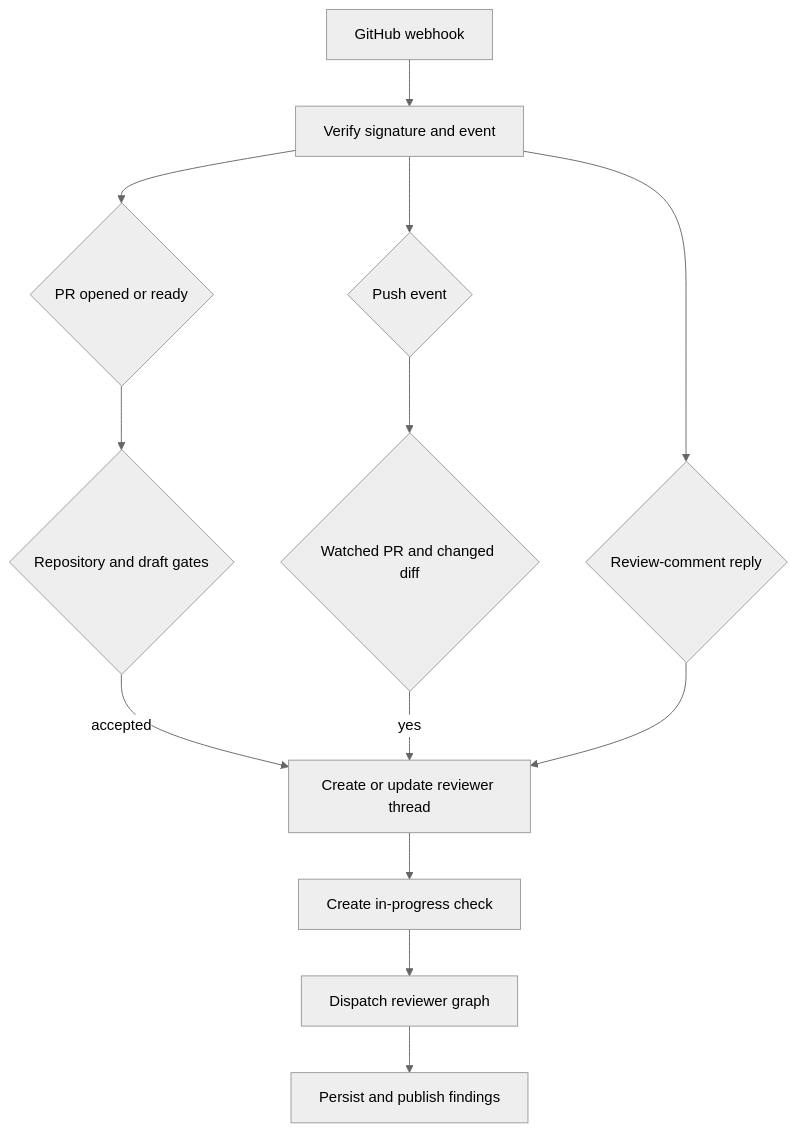
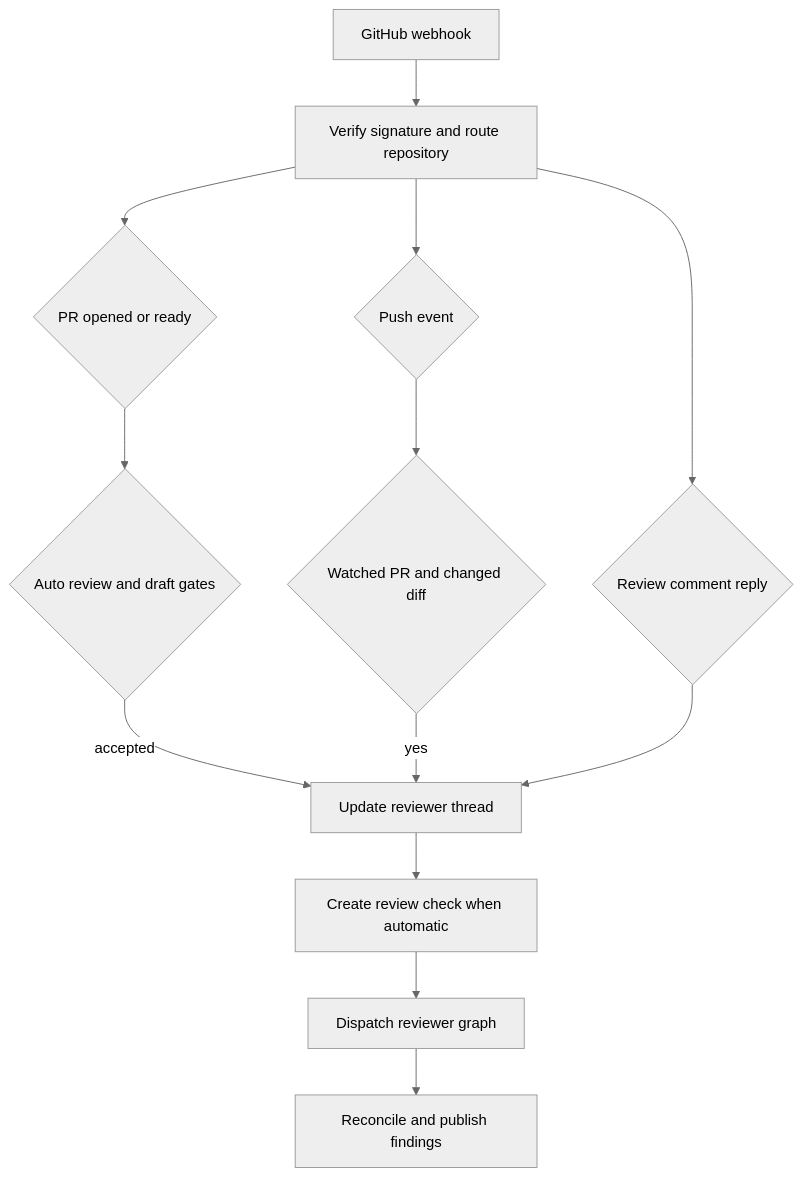
Before and after one commit to langchain-ai/open-swe: the first of 2 diagrams in openwiki/workflows/pr-review.md, drawn with Mermaid (neutral theme). The commit also changed other lines of this file and 51 other files, not shown here.

````diff
--- a/openwiki/workflows/pr-review.md
+++ b/openwiki/workflows/pr-review.md
@@ -68,15 +68,15 @@
 ```mermaid
 flowchart TD
-  Ingress["GitHub webhook"] --> Verify["Verify signature and event"]
+  Ingress["GitHub webhook"] --> Verify["Verify signature and route repository"]
   Verify --> First{"PR opened or ready"}
   Verify --> Push{"Push event"}
-  Verify --> Reply{"Review-comment reply"}
-  First --> Gate{"Repository and draft gates"}
-  Gate -->|"accepted"| Start["Create or update reviewer thread"]
+  Verify --> Reply{"Review comment reply"}
+  First --> Gate{"Auto review and draft gates"}
+  Gate -->|"accepted"| Start["Update reviewer thread"]
   Push --> Watch{"Watched PR and changed diff"}
   Watch -->|"yes"| Start
   Reply --> Start
-  Start --> Check["Create in-progress check"]
+  Start --> Check["Create review check when automatic"]
   Check --> Run["Dispatch reviewer graph"]
-  Run --> Publish["Persist and publish findings"]
+  Run --> Publish["Reconcile and publish findings"]
 ```
````
